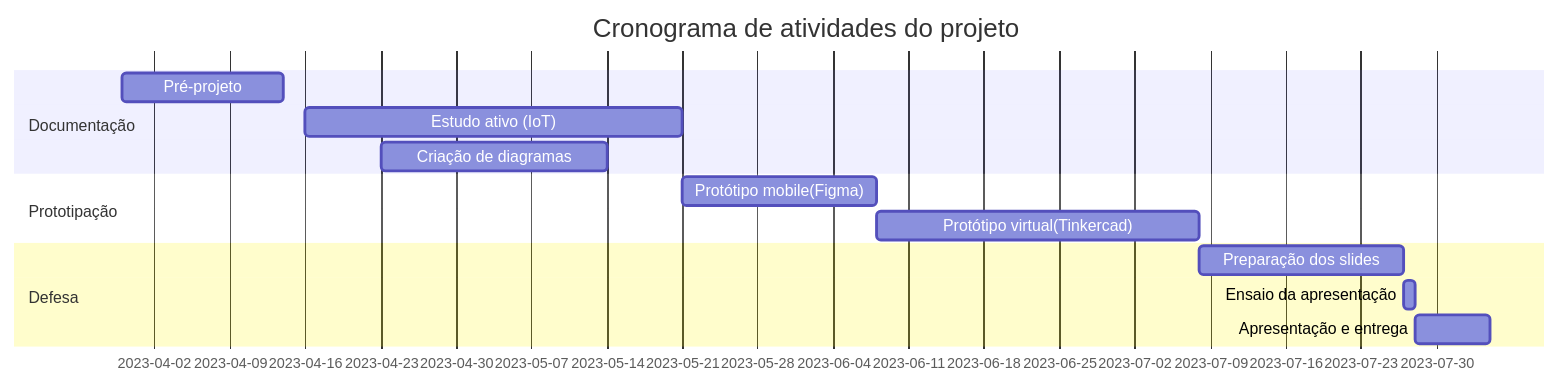
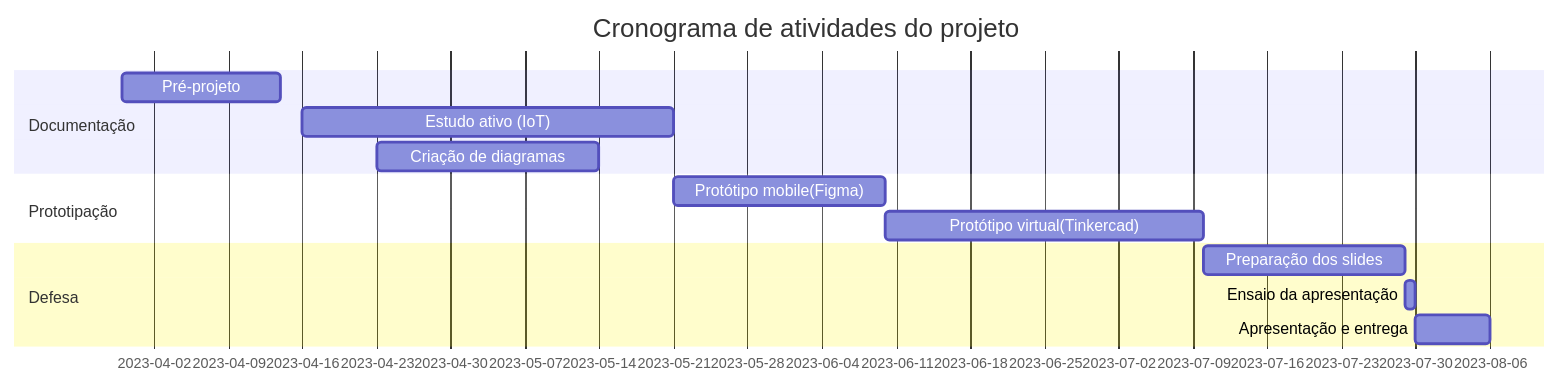
The diagram in README.md (AgathaSena/Projeto-Integrador-II), drawn with Mermaid before and after one commit.

````diff
--- a/README.md
+++ b/README.md
@@ -6,16 +6,16 @@
  ```mermaid
     gantt
     title Cronograma de atividades do projeto
     dateFormat  YYYY-MM-DD
     section Documentação
     Pré-projeto     :a1,  2023-03-30, 15d
     Estudo ativo (IoT)   :a2, 2023-04-16, 35d
     Criação de diagramas     :c3,  2023-04-23, 21d
     section Prototipação
-    Protótipo mobile(Figma)      :c1, after a2, 18d
+    Protótipo mobile(Figma)      :c1, after a2, 20d
     Protótipo virtual(Tinkercad)      :c2, after c1, 30d
     section Defesa
     Preparação dos slides :p1, after c2, 19d
     Ensaio da apresentação :p2, after p1, 01d
     Apresentação e entrega  :p3, after p2, 07d
 ``` 
````
